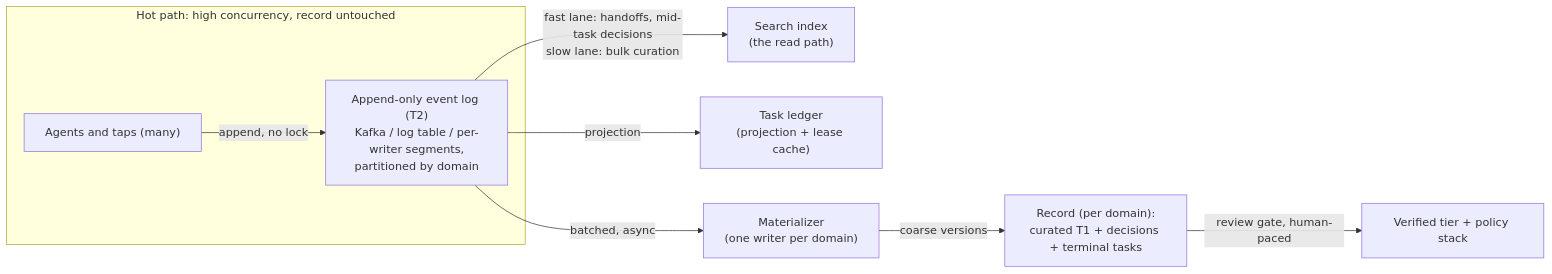
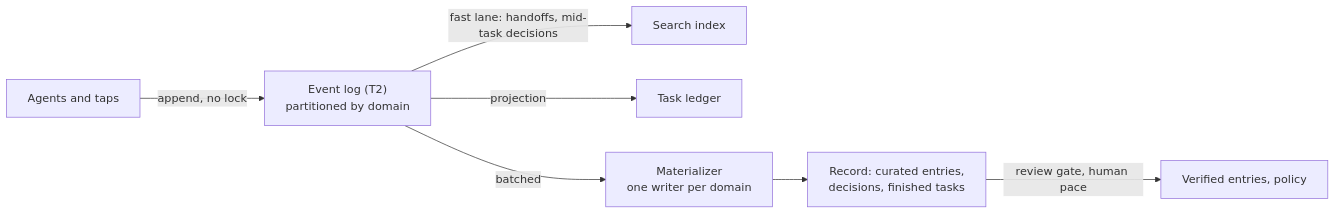
Before and after one commit to apache/tooling-memory: the second of 5 diagrams in docs/durable-memory-for-disposable-agents.md, drawn with Mermaid. The commit also changed other lines of this file and 1 other file, not shown here.

````diff
--- a/docs/durable-memory-for-disposable-agents.md
+++ b/docs/durable-memory-for-disposable-agents.md
@@ -181,11 +175,9 @@
 ```mermaid
 flowchart LR
-    subgraph HOT["Hot path: high concurrency, record untouched"]
-        A1["Agents and taps (many)"] -->|append, no lock| LOG["Append-only event log (T2)<br/>Kafka / log table / per-writer segments,<br/>partitioned by domain"]
-    end
-    LOG -->|"fast lane: handoffs, mid-task decisions<br/>slow lane: bulk curation"| IX["Search index<br/>(the read path)"]
-    LOG -->|projection| BRD["Task ledger<br/>(projection + lease cache)"]
-    LOG -->|batched, async| MAT["Materializer<br/>(one writer per domain)"]
-    MAT -->|coarse versions| REC["Record (per domain):<br/>curated T1 + decisions + terminal tasks"]
-    REC -->|review gate, human-paced| VER["Verified tier + policy stack"]
+    A1["Agents and taps"] -->|append, no lock| LOG["Event log (T2)<br/>partitioned by domain"]
+    LOG -->|"fast lane: handoffs, mid-task decisions"| IX["Search index"]
+    LOG -->|projection| BRD["Task ledger"]
+    LOG -->|batched| MAT["Materializer<br/>one writer per domain"]
+    MAT --> REC["Record: curated entries,<br/>decisions, finished tasks"]
+    REC -->|review gate, human pace| VER["Verified entries, policy"]
 ```
````
